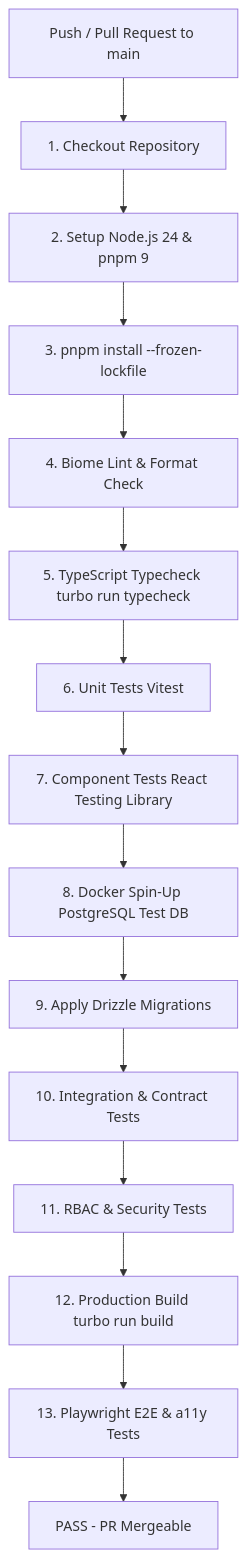
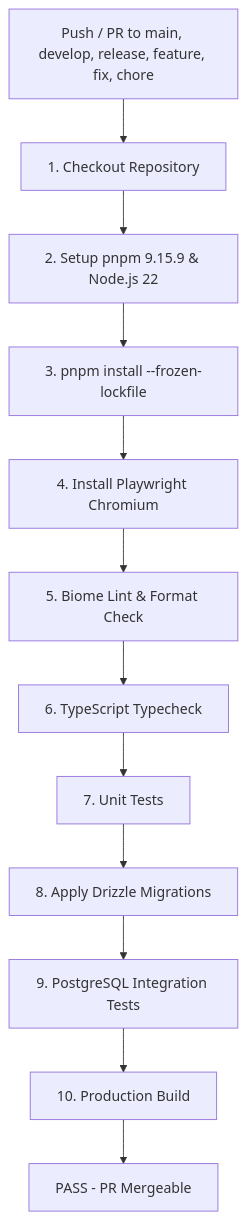
One commit to Hitsanat-Kfl/hitsanat changed the diagram in docs/ci-cd/github-actions.md. Above: the diagram before and after it, drawn with Mermaid. The commit also changed other lines of this file and 59 other files, not shown here.

````diff
--- a/docs/ci-cd/github-actions.md
+++ b/docs/ci-cd/github-actions.md
@@ -11,17 +11,14 @@
 ```mermaid
 graph TD
-    Trigger[Push / Pull Request to main] --> Checkout[1. Checkout Repository]
-    Checkout --> SetupNode[2. Setup Node.js 24 & pnpm 9]
-    SetupNode --> InstallDeps[3. pnpm install --frozen-lockfile]
-    InstallDeps --> BiomeLint[4. Biome Lint & Format Check]
-    BiomeLint --> Typecheck[5. TypeScript Typecheck turbo run typecheck]
-    Typecheck --> UnitTests[6. Unit Tests Vitest]
-    UnitTests --> ComponentTests[7. Component Tests React Testing Library]
-    ComponentTests --> SpinDB[8. Docker Spin-Up PostgreSQL Test DB]
-    SpinDB --> Migrations[9. Apply Drizzle Migrations]
-    Migrations --> IntegrationTests[10. Integration & Contract Tests]
-    IntegrationTests --> SecurityTests[11. RBAC & Security Tests]
-    SecurityTests --> TurboBuild[12. Production Build turbo run build]
-    TurboBuild --> PlaywrightE2E[13. Playwright E2E & a11y Tests]
-    PlaywrightE2E --> Pass[PASS - PR Mergeable]
+    Trigger[Push / PR to main, develop, release, feature, fix, chore] --> Checkout[1. Checkout Repository]
+    Checkout --> SetupTooling[2. Setup pnpm 9.15.9 & Node.js 22]
+    SetupTooling --> InstallDeps[3. pnpm install --frozen-lockfile]
+    InstallDeps --> Playwright[4. Install Playwright Chromium]
+    Playwright --> BiomeLint[5. Biome Lint & Format Check]
+    BiomeLint --> Typecheck[6. TypeScript Typecheck]
+    Typecheck --> UnitTests[7. Unit Tests]
+    UnitTests --> Migrations[8. Apply Drizzle Migrations]
+    Migrations --> IntegrationTests[9. PostgreSQL Integration Tests]
+    IntegrationTests --> TurboBuild[10. Production Build]
+    TurboBuild --> Pass[PASS - PR Mergeable]
 ```
````
